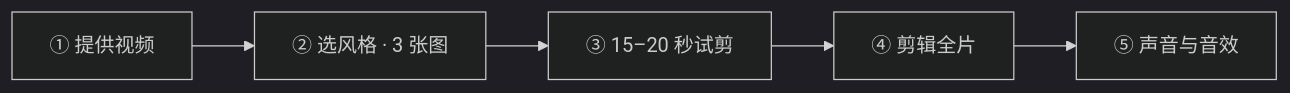
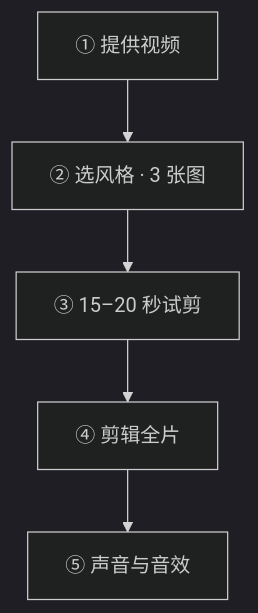
Before and after one commit to hermanzzy-crypto/story-first-video-editor: the diagram in README.md, drawn with Mermaid (dark theme).

Commit message:
Make workflow diagram fit README width

````diff
--- a/README.md
+++ b/README.md
@@ -38,7 +38,7 @@
 ```mermaid
-flowchart LR
+flowchart TD
     A["① 提供视频"] --> B["② 选风格 · 3 张图"]
     B --> C["③ 15–20 秒试剪"]
     C --> D["④ 剪辑全片"]
     D --> E["⑤ 声音与音效"]
 ```
````
